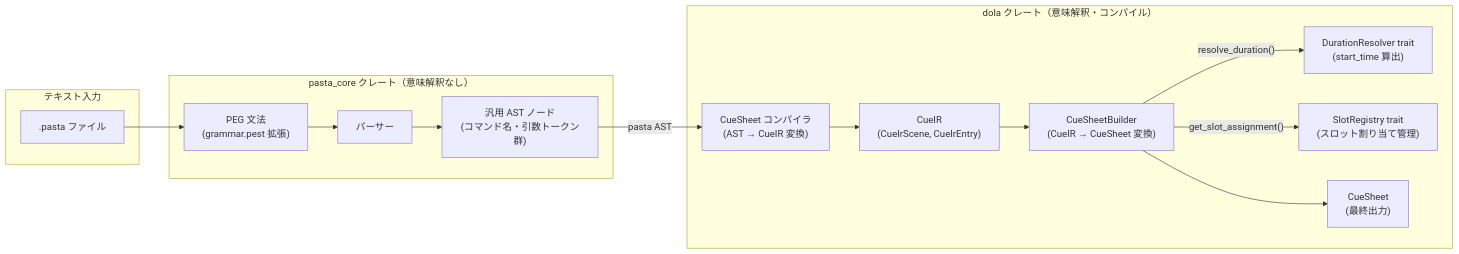
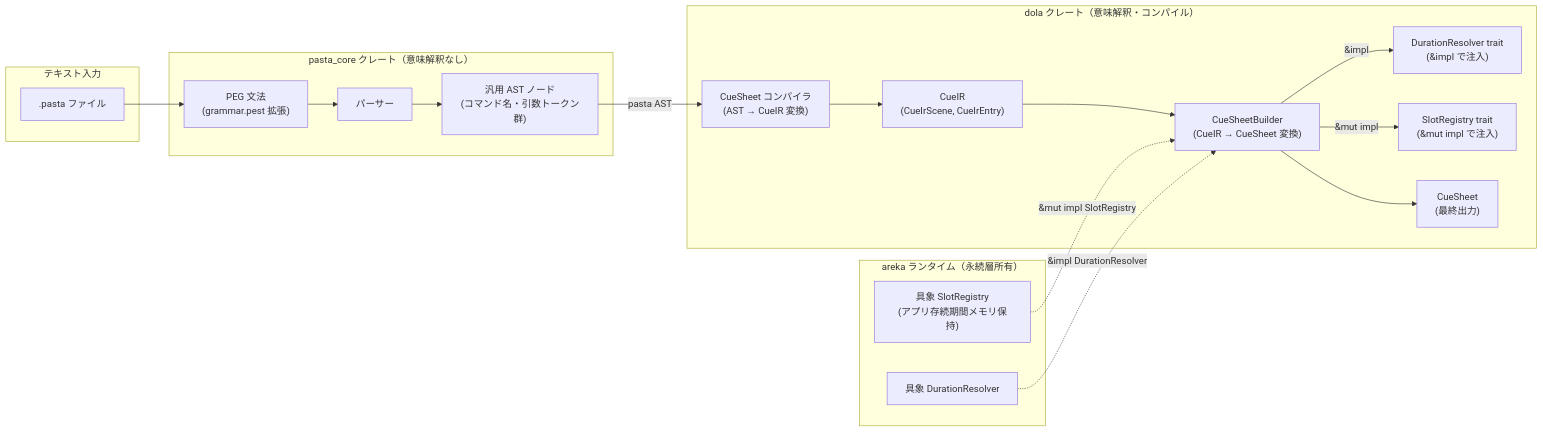
The first of 3 diagrams in .kiro/specs/dola-cue-pasta-dsl-extension/design.md (ekicyou/areka), drawn with Mermaid before and after one commit. The commit also changed other lines of this file and 1 other file, not shown here.

First line of the commit message:
fix(spec): resolve SlotRegistry lifetime and ownership (Discussion 2)

````diff
--- a/.kiro/specs/dola-cue-pasta-dsl-extension/design.md
+++ b/.kiro/specs/dola-cue-pasta-dsl-extension/design.md
@@ -51,28 +51,34 @@
 ```mermaid
 graph LR
     subgraph "テキスト入力"
         Script[".pasta ファイル"]
     end
     subgraph "pasta_core クレート（意味解釈なし）"
         PEG["PEG 文法\n(grammar.pest 拡張)"]
         AST["汎用 AST ノード\n(コマンド名・引数トークン群)"]
         Parser["パーサー"]
         PEG --> Parser
         Parser --> AST
     end
     subgraph "dola クレート（意味解釈・コンパイル）"
         Compiler["CueSheet コンパイラ\n(AST → CueIR 変換)"]
         IR["CueIR\n(CueIrScene, CueIrEntry)"]
         Builder["CueSheetBuilder\n(CueIR → CueSheet 変換)"]
-        Resolver["DurationResolver trait\n(start_time 算出)"]
-        Slot["SlotRegistry trait\n(スロット割り当て管理)"]
+        Resolver["DurationResolver trait\n(&impl で注入)"]
+        Slot["SlotRegistry trait\n(&mut impl で注入)"]
         Sheet["CueSheet\n(最終出力)"]
         Compiler --> IR
         IR --> Builder
-        Builder -- "resolve_duration()" --> Resolver
-        Builder -- "get_slot_assignment()" --> Slot
+        Builder -- "&impl" --> Resolver
+        Builder -- "&mut impl" --> Slot
         Builder --> Sheet
+    end
+    subgraph "areka ランタイム（永続層所有）"
+        ArekaSlot["具象 SlotRegistry\n(アプリ存続期間メモリ保持)"]
+        ArekaResolver["具象 DurationResolver"]
     end
     Script --> PEG
     AST -- "pasta AST" --> Compiler
+    ArekaSlot -. "&mut impl SlotRegistry" .-> Builder
+    ArekaResolver -. "&impl DurationResolver" .-> Builder
 ```
````
